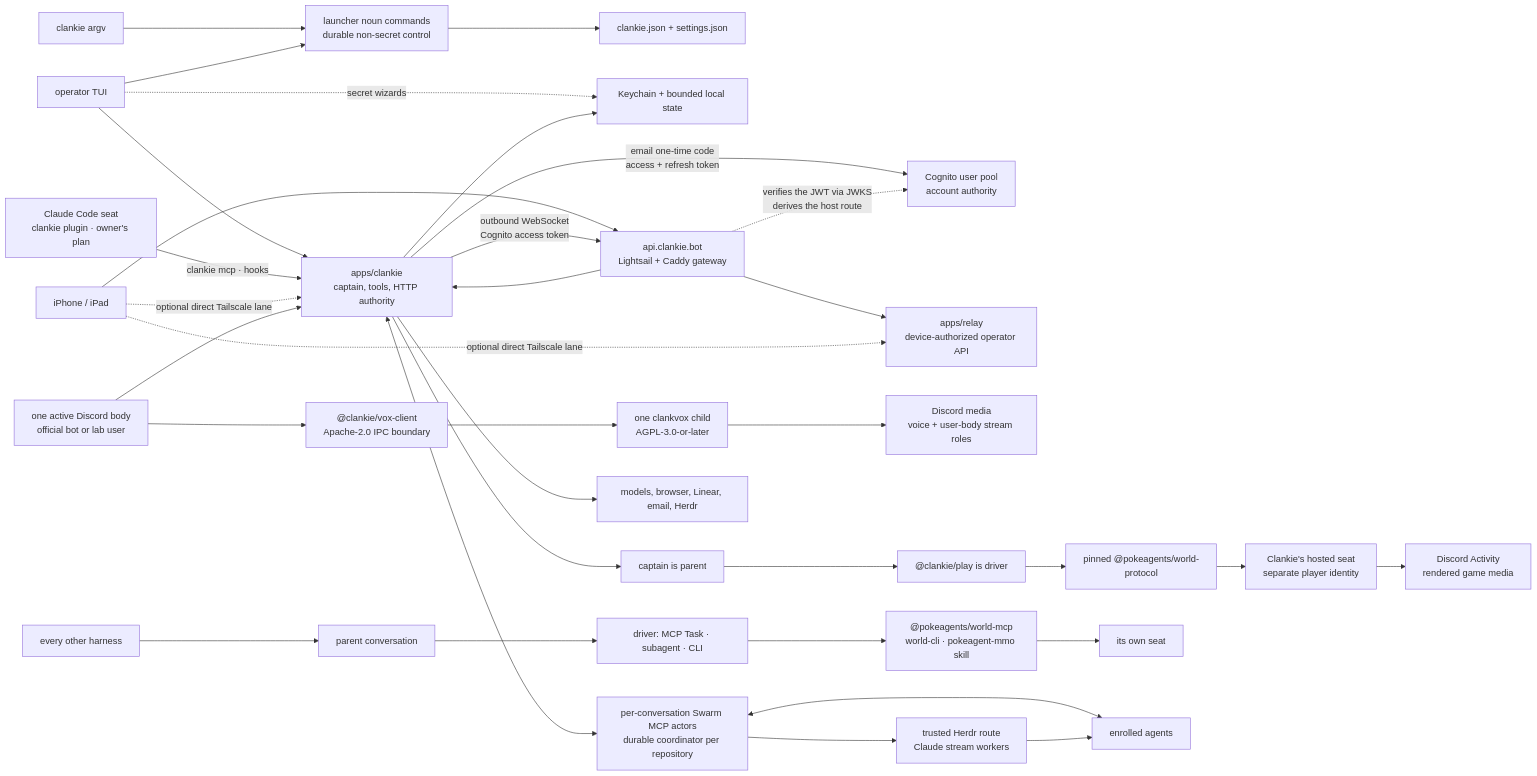
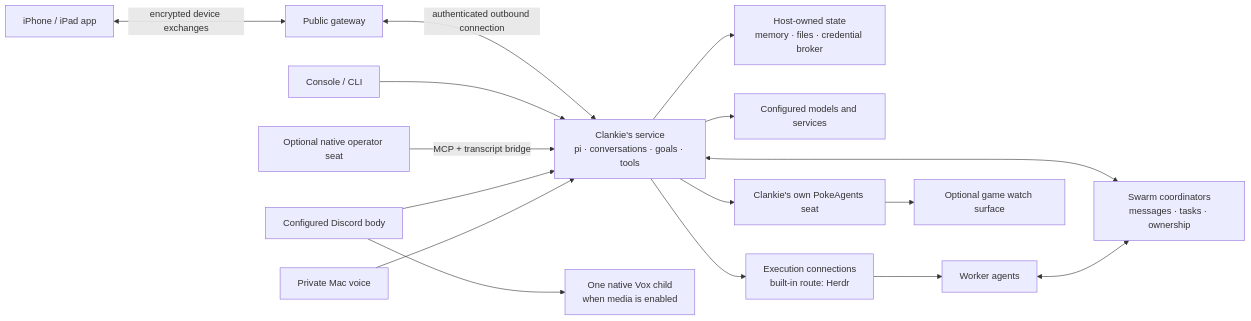
Before and after one commit to Volpestyle/clankie: the diagram in docs/architecture.md, drawn with Mermaid. The commit also changed other lines of this file and 35 other files, not shown here.

````diff
--- a/docs/architecture.md
+++ b/docs/architecture.md
@@ -11,29 +14,18 @@
 ```mermaid
 flowchart LR
-  Argv["clankie argv"] --> Commands["launcher noun commands<br/>durable non-secret control"]
-  TUI["operator TUI"] --> Commands --> Config["clankie.json + settings.json"]
-  TUI --> Service["apps/clankie<br/>captain, tools, HTTP authority"]
-  TUI -. "secret wizards" .-> State
-  OperatorSeat["Claude Code seat<br/>clankie plugin · owner's plan"] -->|"clankie mcp · hooks"| Service
-  Phone["iPhone / iPad"] --> Gateway["api.clankie.bot<br/>Lightsail + Caddy gateway"]
-  Service -->|"outbound WebSocket<br/>Cognito access token"| Gateway
-  Service -->|"email one-time code<br/>access + refresh token"| Accounts["Cognito user pool<br/>account authority"]
-  Gateway -. "verifies the JWT via JWKS<br/>derives the host route" .-> Accounts
-  Gateway --> Relay["apps/relay<br/>device-authorized operator API"]
-  Gateway --> Service
-  Phone -. "optional direct Tailscale lane" .-> Relay
-  Phone -. "optional direct Tailscale lane" .-> Service
-  Body["one active Discord body<br/>official bot or lab user"] --> Service
-  Body --> Client["@clankie/vox-client<br/>Apache-2.0 IPC boundary"]
-  Client --> Vox["one clankvox child<br/>AGPL-3.0-or-later"]
-  Vox --> Media["Discord media<br/>voice + user-body stream roles"]
-  Service --> CaptainParent["captain is parent"] --> PlayDriver["@clankie/play is driver"] --> Contract["pinned @pokeagents/world-protocol"] --> Seat["Clankie's hosted seat<br/>separate player identity"]
-  Seat --> Activity["Discord Activity<br/>rendered game media"]
-  Harness["every other harness"] --> OtherParent["parent conversation"] --> OtherDriver["driver: MCP Task · subagent · CLI"] --> Doors["@pokeagents/world-mcp<br/>world-cli · pokeagent-mmo skill"] --> OtherSeat["its own seat"]
-  Service --> State["Keychain + bounded local state"]
-  Service --> External["models, browser, Linear, email, Herdr"]
-  Service <--> Swarm["per-conversation Swarm MCP actors<br/>durable coordinator per repository"]
-  Swarm <--> Workers["enrolled agents"]
-  Swarm --> Dispatch["trusted Herdr route<br/>Claude stream workers"]
-  Dispatch --> Workers
+  App["iPhone / iPad app"] <-->|"encrypted device exchanges"| Gateway["Public gateway"]
+  Gateway <-->|"authenticated outbound connection"| Service["Clankie's service<br/>pi · conversations · goals · tools"]
+  Console["Console / CLI"] --> Service
+  Native["Optional native operator seat"] -->|"MCP + transcript bridge"| Service
+  Discord["Configured Discord body"] --> Service
+  MacVoice["Private Mac voice"] --> Service
+  Service --> State["Host-owned state<br/>memory · files · credential broker"]
+  Service --> Models["Configured models and services"]
+  Service <--> Swarm["Swarm coordinators<br/>messages · tasks · ownership"]
+  Service --> Runtime["Execution connections<br/>built-in route: Herdr"]
+  Runtime --> Workers["Worker agents"]
+  Workers <--> Swarm
+  Service --> World["Clankie's own PokeAgents seat"]
+  World --> Viewer["Optional game watch surface"]
+  Discord --> Vox["One native Vox child<br/>when media is enabled"]
 ```
````
